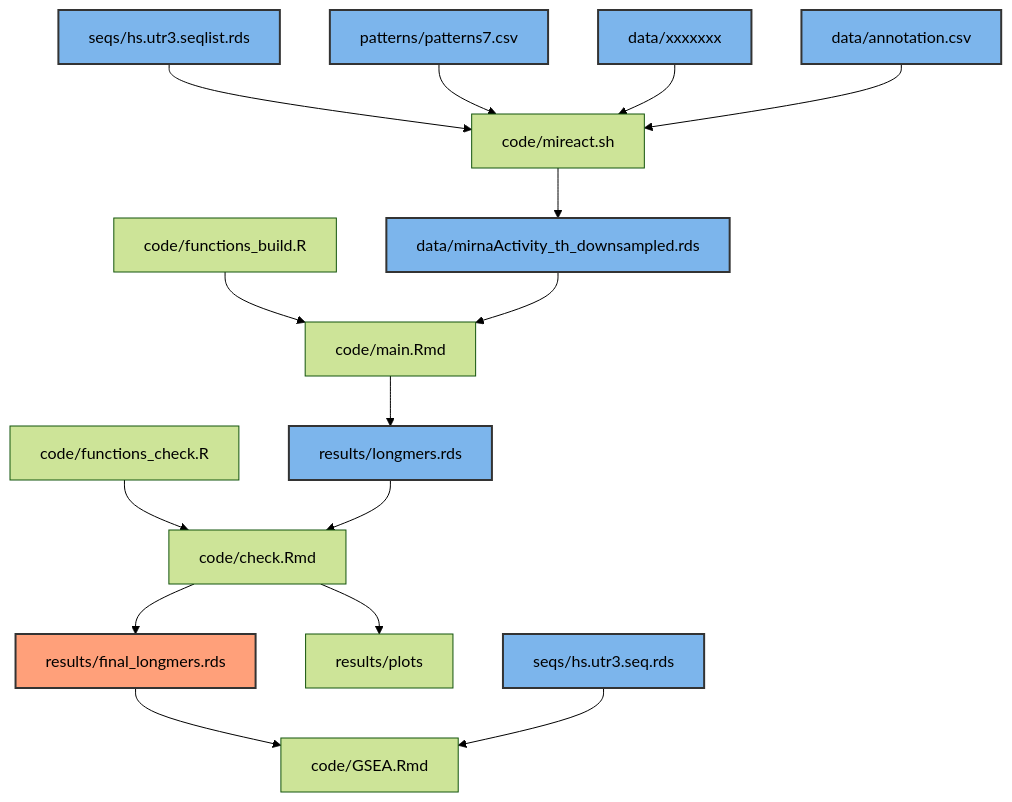
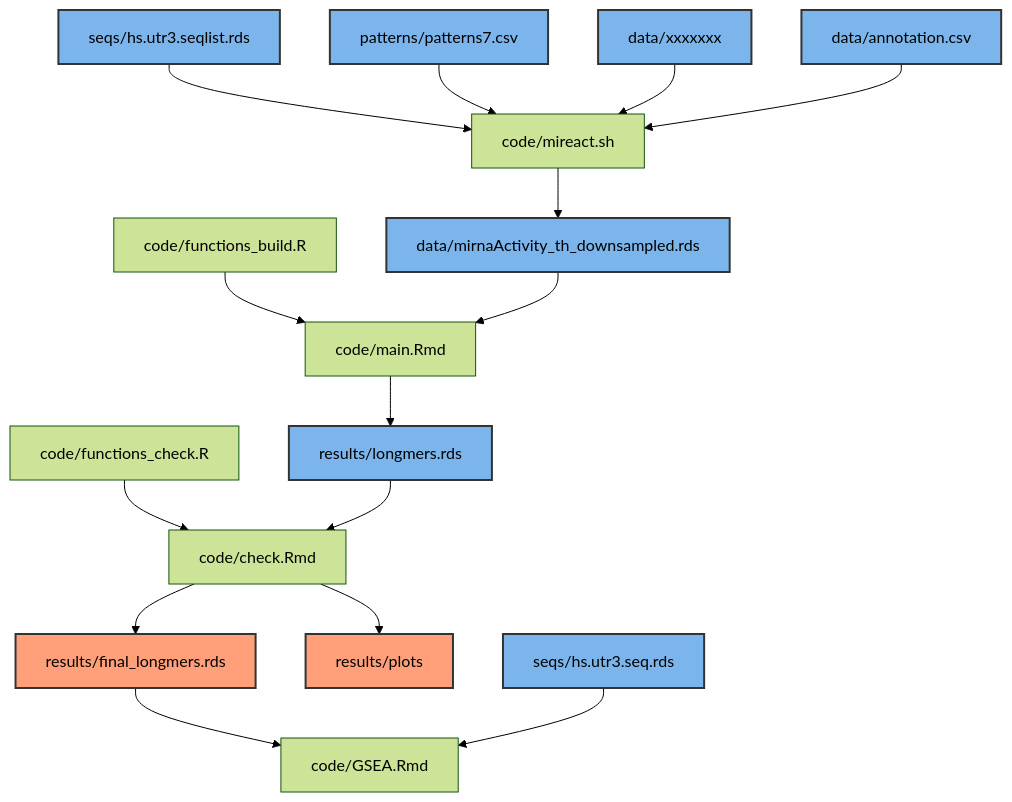
Before and after one commit to PaulaRodrigoMartin/SMLB: the diagram in README.md, drawn with Mermaid (forest theme).

````diff
--- a/README.md
+++ b/README.md
@@ -1,45 +1,46 @@
 ```mermaid
 graph TD;
     seqlist[seqs/hs.utr3.seqlist.rds]
     seqs[seqs/hs.utr3.seq.rds]
     mireact_input[data/xxxxxxx]
     miReact_output[data/mirnaActivity_th_downsampled.rds]
     7mers[patterns/patterns7.csv]
     annotation[data/annotation.csv]
     miReact[code/mireact.sh]
     functions[code/functions_build.R]
     functionsc[code/functions_check.R]
     main_notebook[code/main.Rmd]
     check_notebook[code/check.Rmd]
     GSEA[code/GSEA.Rmd]
     plots[results/plots]
     longmers[results/longmers.rds]
     finallongmers[results/final_longmers.rds]
     
 
     style seqlist fill:#7cb5ec,stroke:#333,stroke-width:2px;
     style miReact_output fill:#7cb5ec,stroke:#333,stroke-width:2px;
     style 7mers fill:#7cb5ec,stroke:#333,stroke-width:2px;
     style mireact_input fill:#7cb5ec,stroke:#333,stroke-width:2px;
     style seqs fill:#7cb5ec,stroke:#333,stroke-width:2px;
     style annotation fill:#7cb5ec,stroke:#333,stroke-width:2px;
     style longmers fill:#7cb5ec,stroke:#333,stroke-width:2px;
     style finallongmers fill:#FFA07A,stroke:#333,stroke-width:2px;
+    style plots fill:#FFA07A,stroke:#333,stroke-width:2px;
 
 
     seqlist-->miReact
     7mers-->miReact
     mireact_input-->miReact
     annotation-->miReact
     miReact-->miReact_output
     functions-->main_notebook
     functionsc-->check_notebook
     main_notebook-->longmers
     longmers-->check_notebook
     check_notebook-->plots
     check_notebook-->finallongmers
     finallongmers-->GSEA
     seqs-->GSEA
     miReact_output-->main_notebook
 
 ```
````
